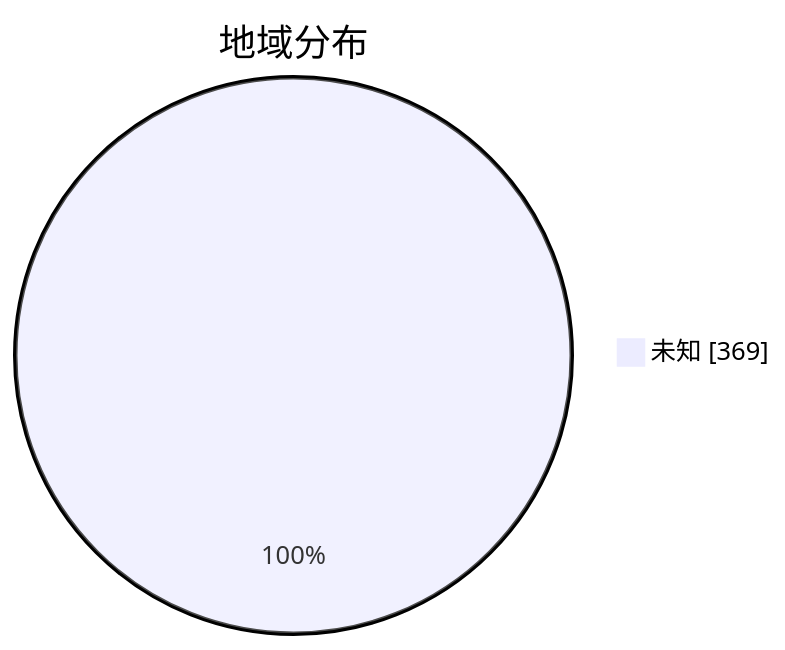
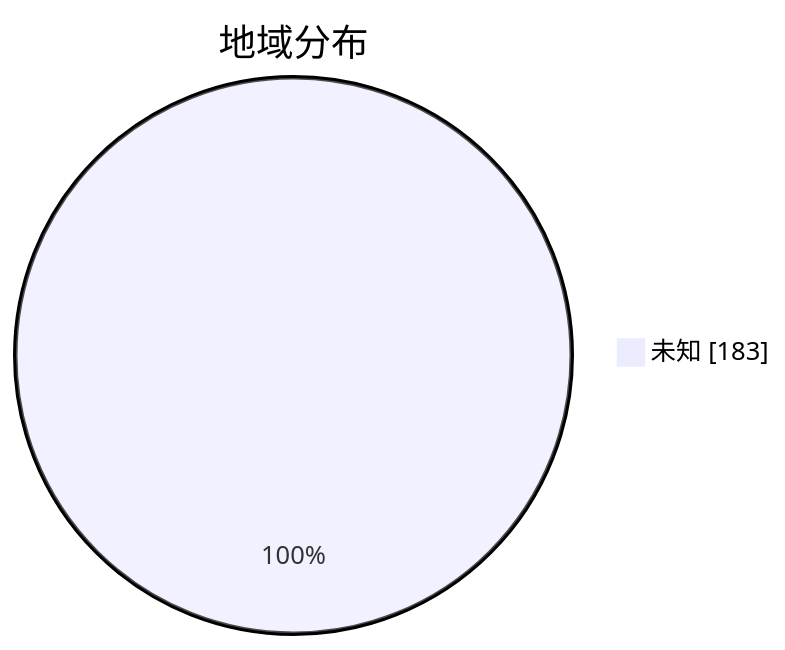
One commit to qjlxg/airport changed the second of 3 diagrams in subs/statistics/tested_within.md. Above: the diagram before and after it, drawn with Mermaid. The commit also changed other lines of this file and 2 other files, not shown here.

````diff
--- a/subs/statistics/tested_within.md
+++ b/subs/statistics/tested_within.md
@@ -13,5 +12,5 @@
 ```mermaid
 pie showData
 title 地域分布
-"未知" : 369
+"未知" : 183
 ```
````
